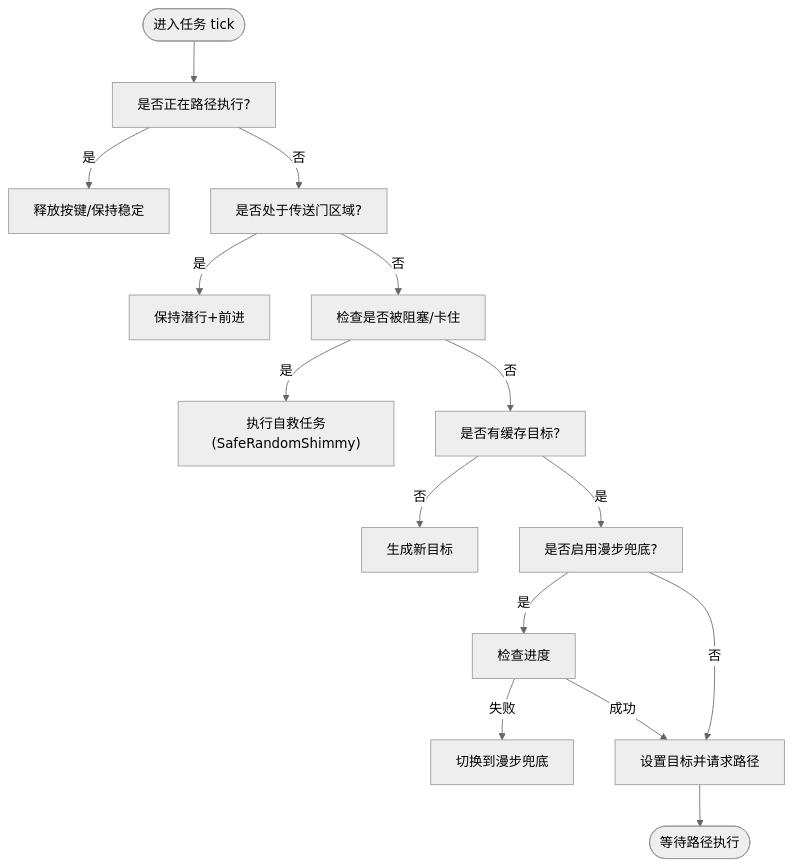
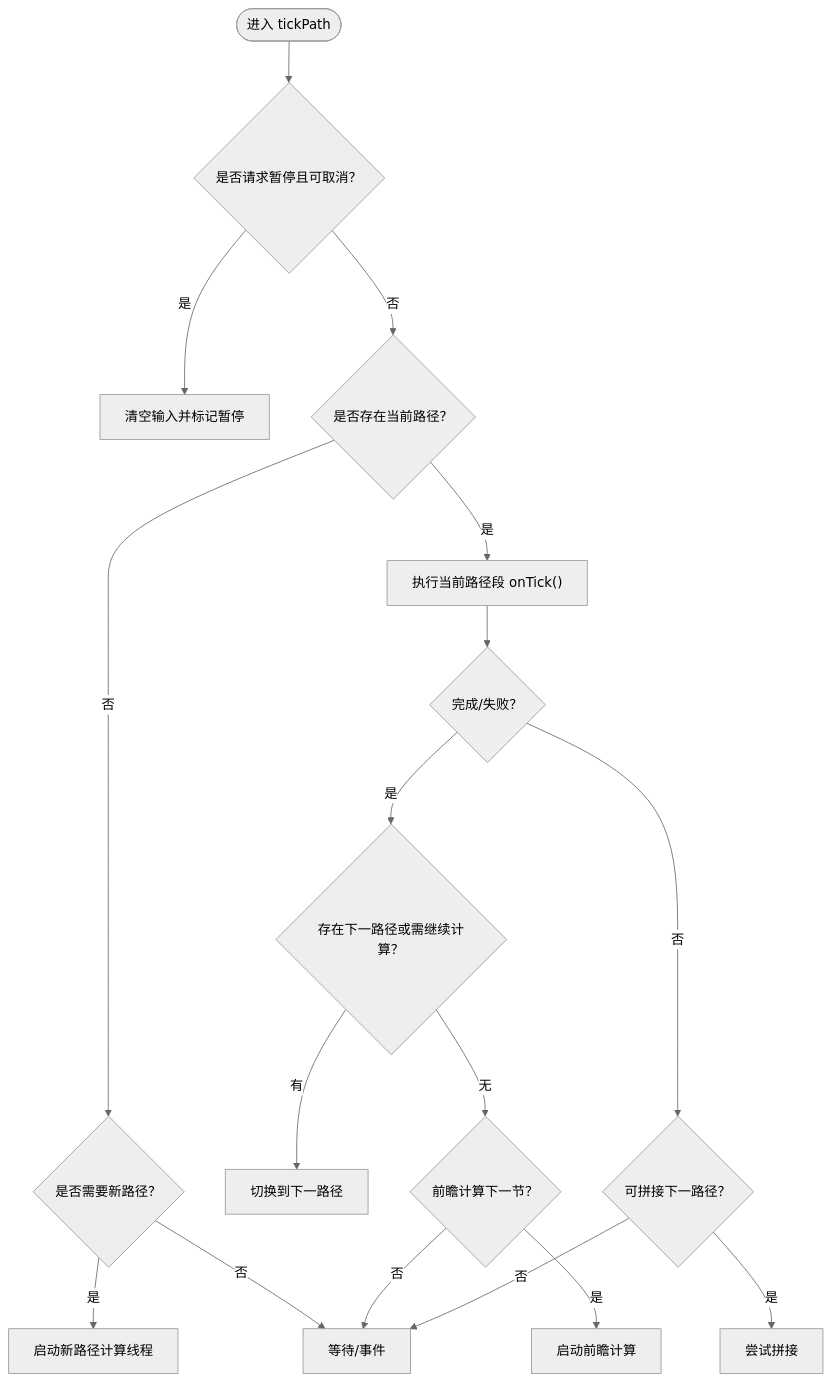
One commit to wjartpix/minecraft_ai_play2npc changed the third of 8 diagrams in .qoder/repowiki/zh/content/路径规划系统/路径规划系统.md. Above: the diagram before and after it, drawn with Mermaid (neutral theme). The commit also changed other lines of this file and 188 other files, not shown here.

````diff
--- a/.qoder/repowiki/zh/content/路径规划系统/路径规划系统.md
+++ b/.qoder/repowiki/zh/content/路径规划系统/路径规划系统.md
@@ -230,17 +174,19 @@
 ```mermaid
 flowchart TD
-Start(["进入任务 tick"]) --> CheckPathing["是否正在路径执行?"]
-CheckPathing --> |是| Release["释放按键/保持稳定"]
-CheckPathing --> |否| CheckPortal["是否处于传送门区域?"]
-CheckPortal --> |是| PortalCtrl["保持潜行+前进"]
-CheckPortal --> |否| CheckStuck["检查是否被阻塞/卡住"]
-CheckStuck --> |是| Unstick["执行自救任务(SafeRandomShimmy)"]
-CheckStuck --> |否| CheckGoal["是否有缓存目标?"]
-CheckGoal --> |否| NewGoal["生成新目标"]
-CheckGoal --> |是| CheckWander["是否启用漫步兜底?"]
-CheckWander --> |是| Progress["检查进度"]
-Progress --> |失败| Wander["切换到漫步兜底"]
-Progress --> |成功| SetGoal["设置目标并请求路径"]
-CheckWander --> |否| SetGoal
-SetGoal --> Done(["等待路径执行"])
+Start(["进入 tickPath"]) --> CheckPause{"是否请求暂停且可取消？"}
+CheckPause --> |是| Pause["清空输入并标记暂停"]
+CheckPause --> |否| CheckCurrent{"是否存在当前路径？"}
+CheckCurrent --> |否| DecideCalc{"是否需要新路径？"}
+DecideCalc --> |是| Launch["启动新路径计算线程"]
+DecideCalc --> |否| Wait["等待/事件"]
+CheckCurrent --> |是| TickCurrent["执行当前路径段 onTick()"]
+TickCurrent --> Done{"完成/失败？"}
+Done --> |是| NextOrCalc{"存在下一路径或需继续计算？"}
+NextOrCalc --> |有| Switch["切换到下一路径"]
+NextOrCalc --> |无| CalcAhead{"前瞻计算下一节？"}
+CalcAhead --> |是| LaunchAhead["启动前瞻计算"]
+CalcAhead --> |否| Wait
+Done --> |否| Splice{"可拼接下一路径？"}
+Splice --> |是| TrySplice["尝试拼接"]
+Splice --> |否| Wait
 ```
````
